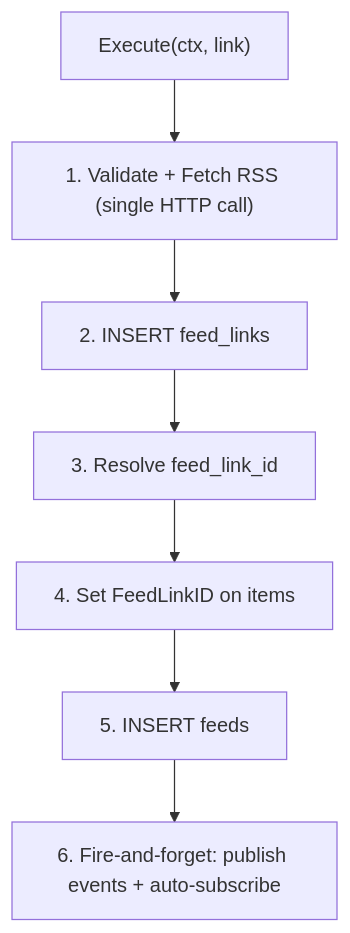
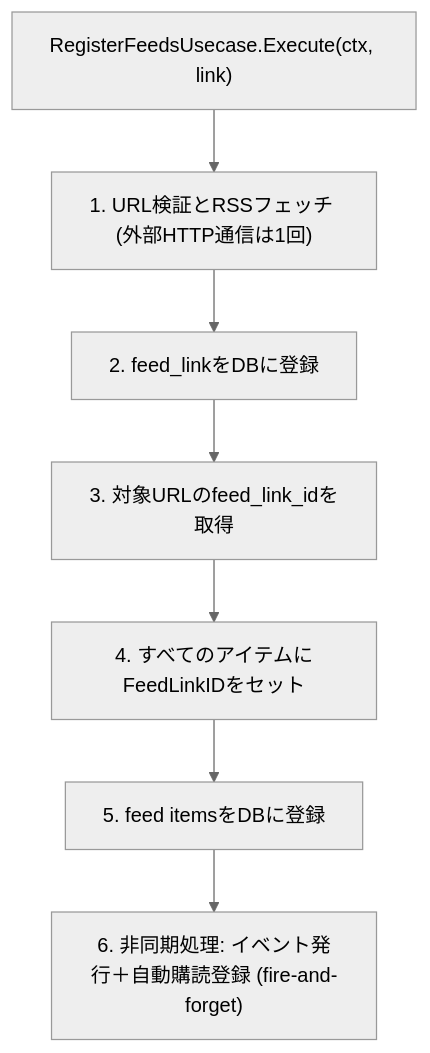
Before and after one commit to Kaikei-e/Zenn: the second of 2 diagrams in articles/ad129f6fb2ed39.md, drawn with Mermaid. The commit also changed other lines of this file, not shown here.

````diff
--- a/articles/ad129f6fb2ed39.md
+++ b/articles/ad129f6fb2ed39.md
@@ -135,10 +137,12 @@
 ```mermaid
+%%{init:{'theme':'neutral'}}%%
 flowchart TD
-    U["Execute(ctx, link)"]
-    U --> S1["1. Validate + Fetch RSS (single HTTP call)"]
-    S1 --> S2["2. INSERT feed_links"]
-    S2 --> S3["3. Resolve feed_link_id"]
-    S3 --> S4["4. Set FeedLinkID on items"]
-    S4 --> S5["5. INSERT feeds"]
-    S5 --> S6["6. Fire-and-forget: publish events + auto-subscribe"]
+    U["RegisterFeedsUsecase.Execute(ctx, link)"]
+
+    U --> S1["1. URL検証とRSSフェッチ (外部HTTP通信は1回)"]
+    S1 --> S2["2. feed_linkをDBに登録"]
+    S2 --> S3["3. 対象URLのfeed_link_idを取得"]
+    S3 --> S4["4. すべてのアイテムにFeedLinkIDをセット"]
+    S4 --> S5["5. feed itemsをDBに登録"]
+    S5 --> S6["6. 非同期処理: イベント発行＋自動購読登録 (fire-and-forget)"]
 ```
````
